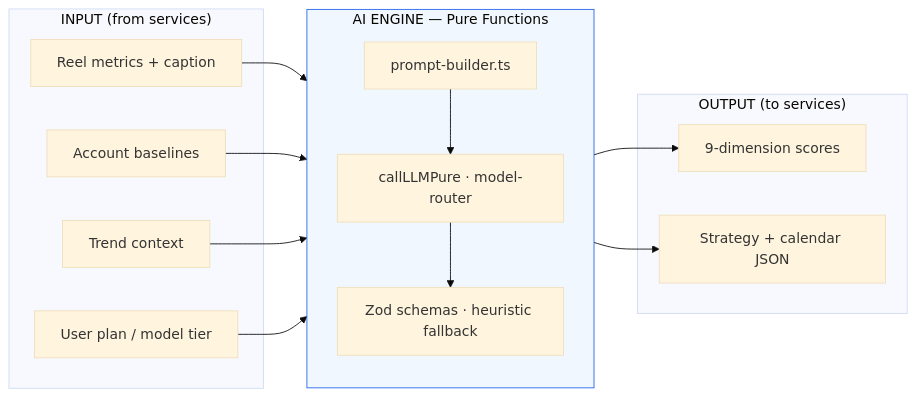
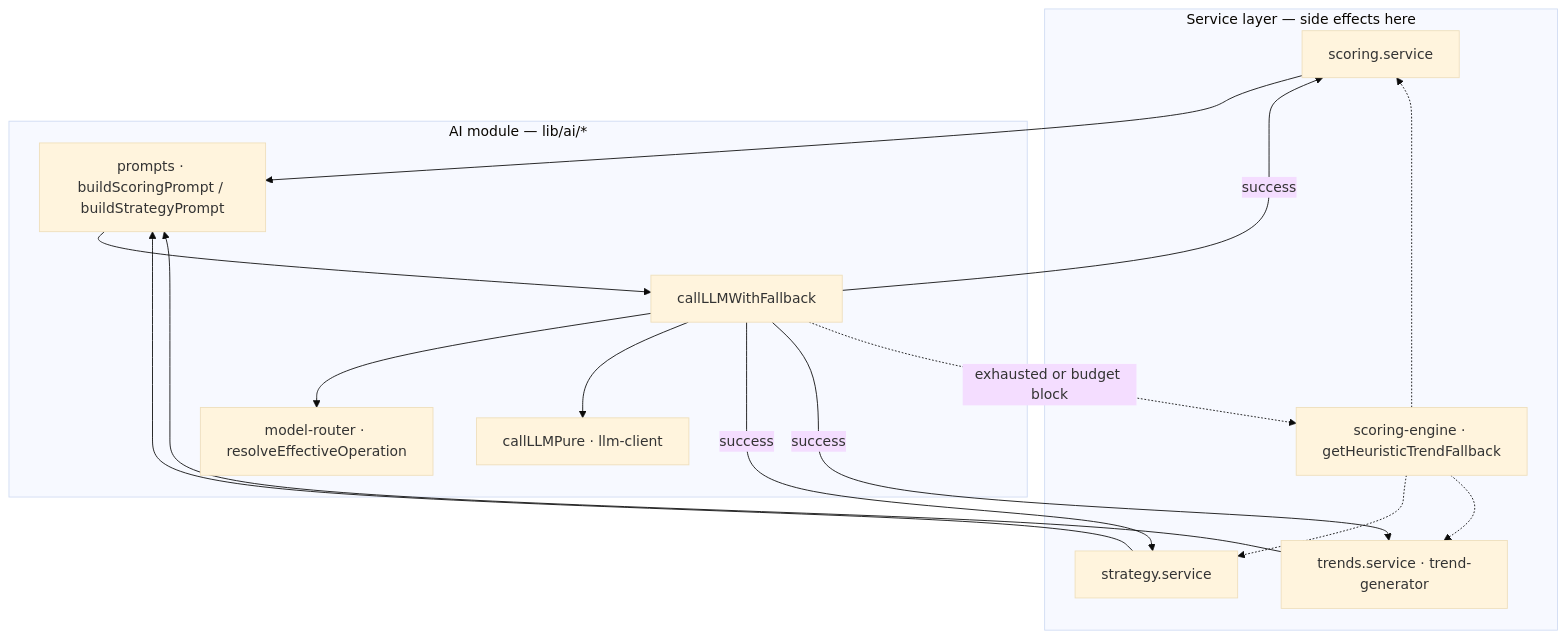
The seventh of 13 diagrams in trendoraa-seabs-spec.md (Jainam2848/ReelMetrics), drawn with Mermaid (base theme) before and after one commit. The commit also changed other lines of this file and 7 other files, not shown here.

First line of the commit message:
docs: align Mermaid diagrams across docs, spec, and playbook

````diff
--- a/trendoraa-seabs-spec.md
+++ b/trendoraa-seabs-spec.md
@@ -1445,25 +1451,30 @@
 ```mermaid
-flowchart LR
-    subgraph Input["INPUT (from services)"]
-        I1["Reel metrics + caption"]
-        I2["Account baselines"]
-        I3["Trend context"]
-        I4["User plan / model tier"]
+flowchart TB
+    subgraph Services["Service layer — side effects here"]
+        SC["scoring.service"]
+        ST["strategy.service"]
+        TR["trends.service · trend-generator"]
+        HEUR["scoring-engine · getHeuristicTrendFallback"]
     end
 
-    subgraph AI["AI ENGINE — Pure Functions"]
-        direction TB
-        P["prompt-builder.ts"]
-        L["callLLMPure · model-router"]
-        Z["Zod schemas · heuristic fallback"]
+    subgraph AI["AI module — lib/ai/*"]
+        P["prompts · buildScoringPrompt / buildStrategyPrompt"]
+        FB["callLLMWithFallback"]
+        LP["callLLMPure · llm-client"]
+        MR["model-router · resolveEffectiveOperation"]
     end
 
-    subgraph Output["OUTPUT (to services)"]
-        O1["9-dimension scores"]
-        O2["Strategy + calendar JSON"]
-    end
-
-    I1 & I2 & I3 & I4 --> P --> L --> Z --> O1 & O2
-
-    style AI fill:#f0f7ff,stroke:#2563eb
+    SC --> P
+    ST --> P
+    TR --> P
+    P --> FB
+    FB --> MR
+    FB --> LP
+    FB -->|success| SC
+    FB -->|success| ST
+    FB -->|success| TR
+    FB -.->|exhausted or budget block| HEUR
+    HEUR -.-> SC
+    HEUR -.-> ST
+    HEUR -.-> TR
 ```
````
